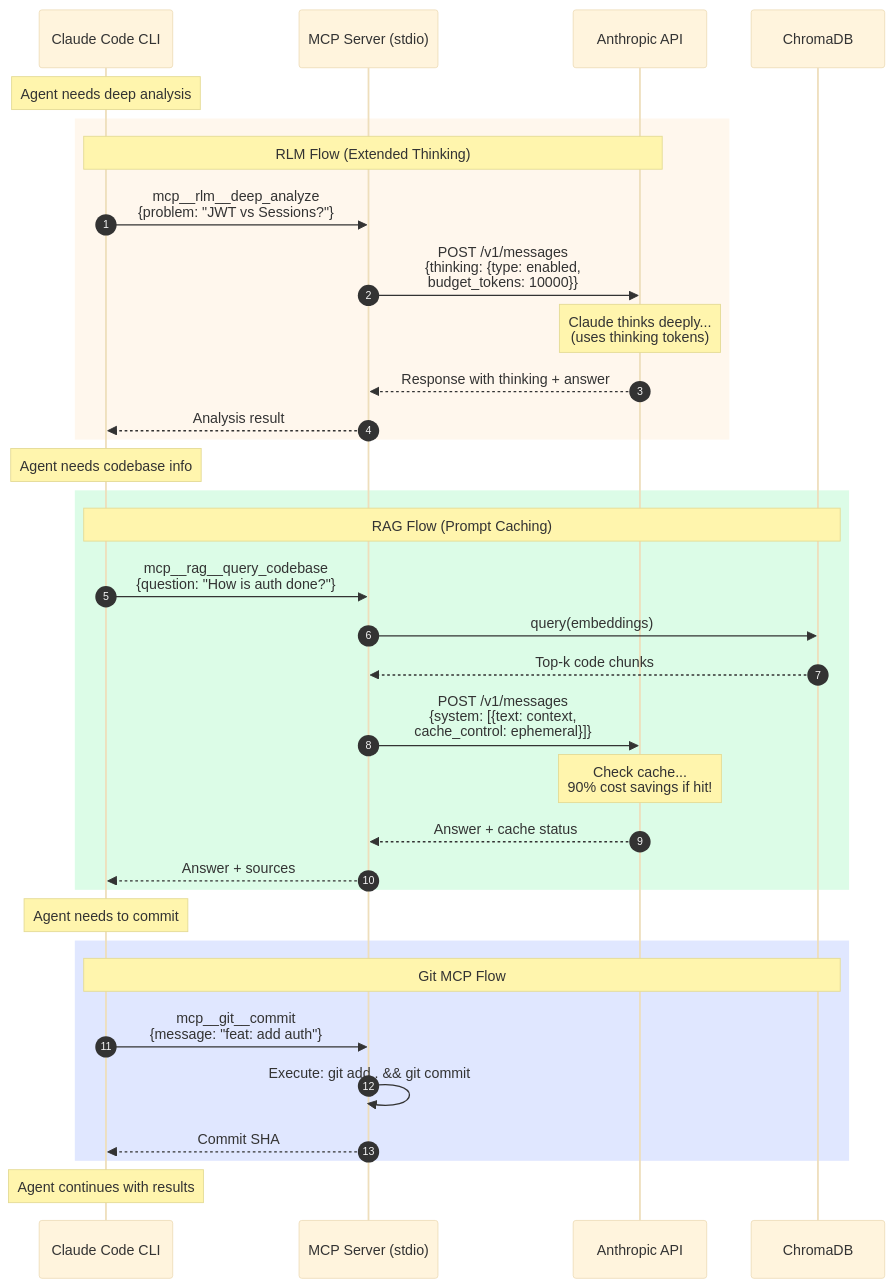
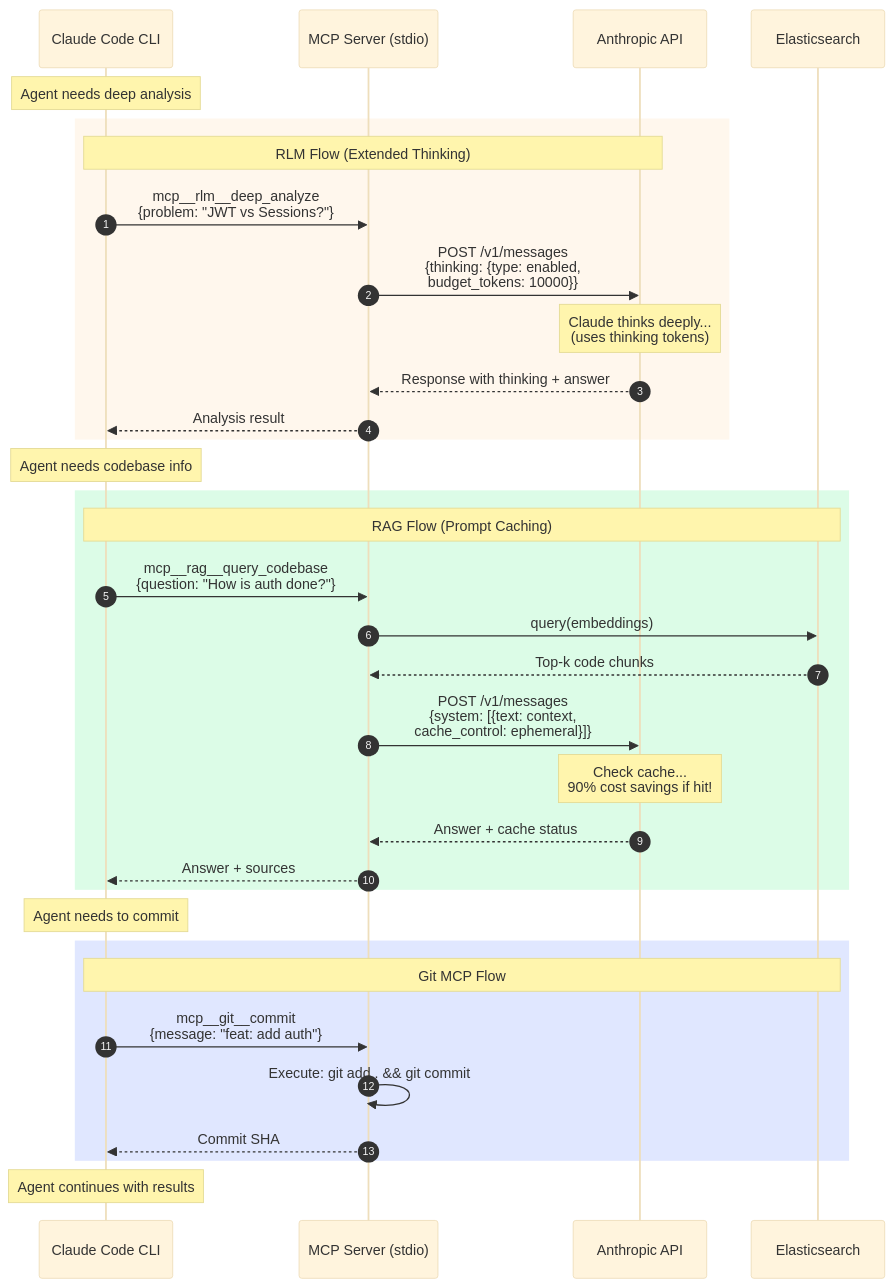
Before and after one commit to jb-612/dox-asdlc: the diagram in docs/diagrams/13-sequence-mcp-calls.mmd, drawn with Mermaid. The commit also changed 23 other files, not shown here.

First line of the commit message:
chore: Remove ChromaDB, use Elasticsearch as sole vector backend

```diff
--- a/docs/diagrams/13-sequence-mcp-calls.mmd
+++ b/docs/diagrams/13-sequence-mcp-calls.mmd
@@ -1,43 +1,43 @@
 %%{init: {'theme': 'base'}}%%
 
 sequenceDiagram
     autonumber
     participant Agent as Claude Code CLI
     participant MCP as MCP Server (stdio)
     participant API as Anthropic API
-    participant DB as ChromaDB
+    participant DB as Elasticsearch
 
     Note over Agent: Agent needs deep analysis
 
     rect rgb(255, 247, 237)
         Note over Agent,API: RLM Flow (Extended Thinking)
         Agent->>MCP: mcp__rlm__deep_analyze<br/>{problem: "JWT vs Sessions?"}
         MCP->>API: POST /v1/messages<br/>{thinking: {type: enabled,<br/>budget_tokens: 10000}}
         Note over API: Claude thinks deeply...<br/>(uses thinking tokens)
         API-->>MCP: Response with thinking + answer
         MCP-->>Agent: Analysis result
     end
 
     Note over Agent: Agent needs codebase info
 
     rect rgb(220, 252, 231)
         Note over Agent,DB: RAG Flow (Prompt Caching)
         Agent->>MCP: mcp__rag__query_codebase<br/>{question: "How is auth done?"}
         MCP->>DB: query(embeddings)
         DB-->>MCP: Top-k code chunks
         MCP->>API: POST /v1/messages<br/>{system: [{text: context,<br/>cache_control: ephemeral}]}
         Note over API: Check cache...<br/>90% cost savings if hit!
         API-->>MCP: Answer + cache status
         MCP-->>Agent: Answer + sources
     end
 
     Note over Agent: Agent needs to commit
 
     rect rgb(224, 231, 255)
         Note over Agent,DB: Git MCP Flow
         Agent->>MCP: mcp__git__commit<br/>{message: "feat: add auth"}
         MCP->>MCP: Execute: git add . && git commit
         MCP-->>Agent: Commit SHA
     end
 
     Note over Agent: Agent continues with results
```
